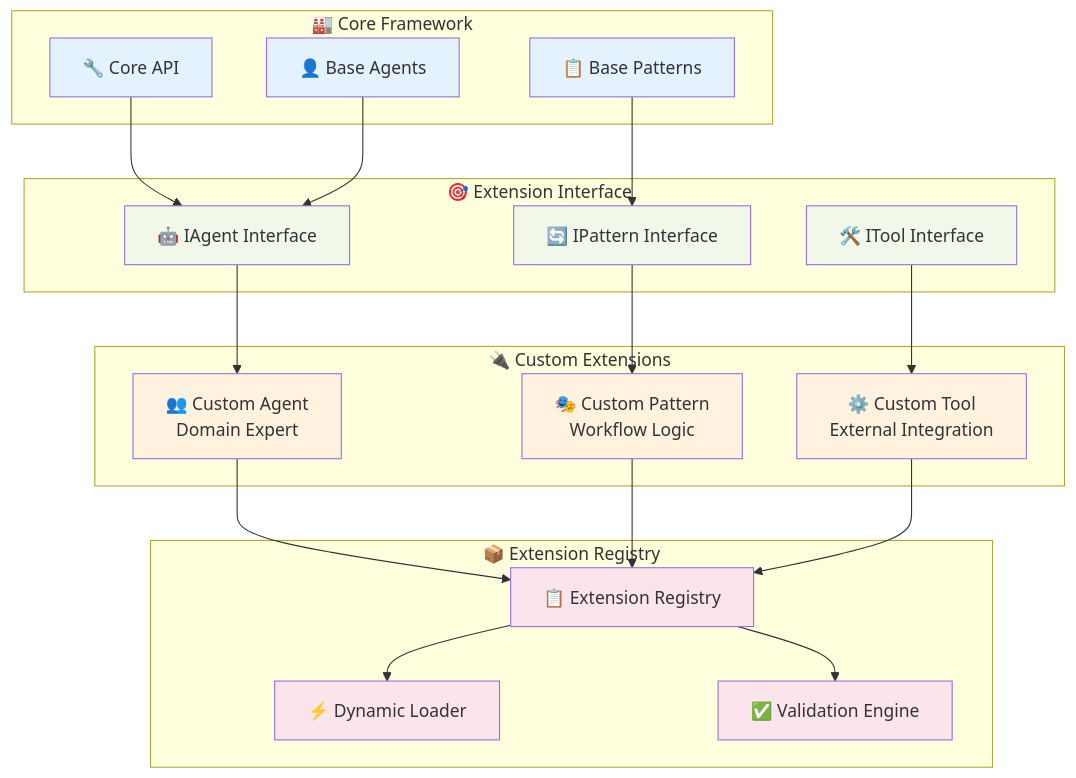
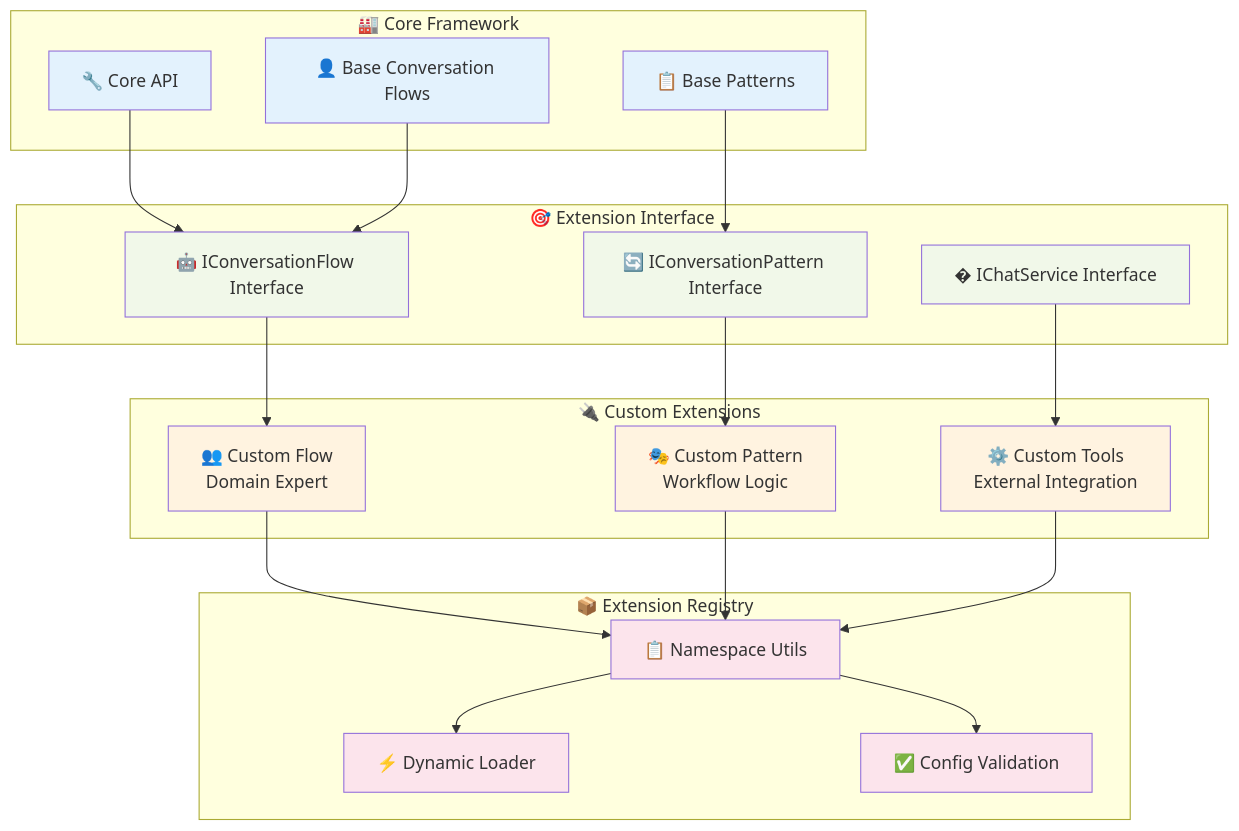
One commit to the-ingenious-dark-knight/Insight_Ingenious changed the eighth of 13 diagrams in docs/architecture/README.md. Above: the diagram before and after it, drawn with Mermaid. The commit also changed other lines of this file and 3 other files, not shown here.

Commit message:
fix: Update API documentation to include new conversation and diagnostic APIs, and improve workflow examples

````diff
--- a/docs/architecture/README.md
+++ b/docs/architecture/README.md
@@ -337,51 +337,51 @@
 ```mermaid
 graph TB
     subgraph "🏭 Core Framework"
         CORE_API[🔧 Core API]
-        CORE_AGENTS[👤 Base Agents]
+        CORE_FLOWS[👤 Base Conversation Flows]
         CORE_PATTERNS[📋 Base Patterns]
     end
 
     subgraph "🎯 Extension Interface"
-        AGENT_INTERFACE[🤖 IAgent Interface]
-        PATTERN_INTERFACE[🔄 IPattern Interface]
-        TOOL_INTERFACE[🛠️ ITool Interface]
+        FLOW_INTERFACE[🤖 IConversationFlow Interface]
+        PATTERN_INTERFACE[🔄 IConversationPattern Interface]
+        CHAT_INTERFACE[� IChatService Interface]
     end
 
     subgraph "🔌 Custom Extensions"
-        CUSTOM_AGENT[👥 Custom Agent<br/>Domain Expert]
+        CUSTOM_FLOW[👥 Custom Flow<br/>Domain Expert]
         CUSTOM_PATTERN[🎭 Custom Pattern<br/>Workflow Logic]
-        CUSTOM_TOOL[⚙️ Custom Tool<br/>External Integration]
+        CUSTOM_TOOLS[⚙️ Custom Tools<br/>External Integration]
     end
 
     subgraph "📦 Extension Registry"
-        REGISTRY[📋 Extension Registry]
-        LOADER[⚡ Dynamic Loader]
-        VALIDATOR[✅ Validation Engine]
+        NAMESPACE_LOADER[📋 Namespace Utils]
+        DYNAMIC_LOADER[⚡ Dynamic Loader]
+        CONFIG_VALIDATOR[✅ Config Validation]
     end
 
-    CORE_API --> AGENT_INTERFACE
-    CORE_AGENTS --> AGENT_INTERFACE
+    CORE_API --> FLOW_INTERFACE
+    CORE_FLOWS --> FLOW_INTERFACE
     CORE_PATTERNS --> PATTERN_INTERFACE
 
-    AGENT_INTERFACE --> CUSTOM_AGENT
+    FLOW_INTERFACE --> CUSTOM_FLOW
     PATTERN_INTERFACE --> CUSTOM_PATTERN
-    TOOL_INTERFACE --> CUSTOM_TOOL
+    CHAT_INTERFACE --> CUSTOM_TOOLS
 
-    CUSTOM_AGENT --> REGISTRY
-    CUSTOM_PATTERN --> REGISTRY
-    CUSTOM_TOOL --> REGISTRY
+    CUSTOM_FLOW --> NAMESPACE_LOADER
+    CUSTOM_PATTERN --> NAMESPACE_LOADER
+    CUSTOM_TOOLS --> NAMESPACE_LOADER
 
-    REGISTRY --> LOADER
-    REGISTRY --> VALIDATOR
+    NAMESPACE_LOADER --> DYNAMIC_LOADER
+    NAMESPACE_LOADER --> CONFIG_VALIDATOR
 
     classDef core fill:#e3f2fd
     classDef interface fill:#f1f8e9
     classDef custom fill:#fff3e0
     classDef registry fill:#fce4ec
 
-    class CORE_API,CORE_AGENTS,CORE_PATTERNS core
-    class AGENT_INTERFACE,PATTERN_INTERFACE,TOOL_INTERFACE interface
-    class CUSTOM_AGENT,CUSTOM_PATTERN,CUSTOM_TOOL custom
-    class REGISTRY,LOADER,VALIDATOR registry
+    class CORE_API,CORE_FLOWS,CORE_PATTERNS core
+    class FLOW_INTERFACE,PATTERN_INTERFACE,CHAT_INTERFACE interface
+    class CUSTOM_FLOW,CUSTOM_PATTERN,CUSTOM_TOOLS custom
+    class NAMESPACE_LOADER,DYNAMIC_LOADER,CONFIG_VALIDATOR registry
 ```
````
